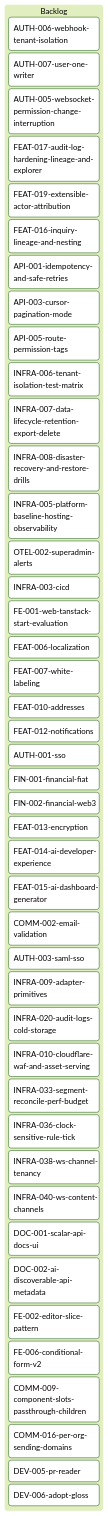
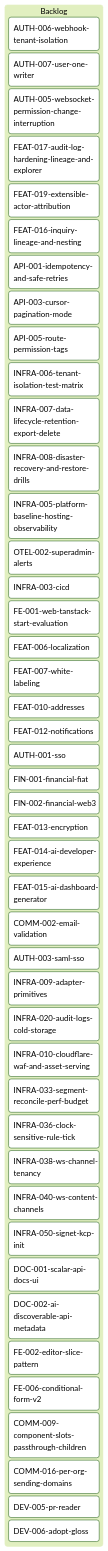
One commit to inixiative/template changed the diagram in tickets/kanban-backlog.md. Above: the diagram before and after it, drawn with Mermaid (forest theme). The commit also changed other lines of this file and 1 other file, not shown here.

Commit message:
docs(tickets): add INFRA-050 Signet and KCP-backed init provisioning

````diff
--- a/tickets/kanban-backlog.md
+++ b/tickets/kanban-backlog.md
@@ -3,52 +3,53 @@
 ```mermaid
 ---
 config:
   kanban:
     ticketBaseUrl: 'https://github.com/yourorg/template/blob/main/tickets/#TICKET#'
 ---
 kanban
   Backlog
     AUTH-006-webhook-tenant-isolation
     AUTH-007-user-one-writer
     AUTH-005-websocket-permission-change-interruption
     FEAT-017-audit-log-hardening-lineage-and-explorer
     FEAT-019-extensible-actor-attribution
     FEAT-016-inquiry-lineage-and-nesting
     API-001-idempotency-and-safe-retries
     API-003-cursor-pagination-mode
     API-005-route-permission-tags
     INFRA-006-tenant-isolation-test-matrix
     INFRA-007-data-lifecycle-retention-export-delete
     INFRA-008-disaster-recovery-and-restore-drills
     INFRA-005-platform-baseline-hosting-observability
     OTEL-002-superadmin-alerts
     INFRA-003-cicd
     FE-001-web-tanstack-start-evaluation
     FEAT-006-localization
     FEAT-007-white-labeling
     FEAT-010-addresses
     FEAT-012-notifications
     AUTH-001-sso
     FIN-001-financial-fiat
     FIN-002-financial-web3
     FEAT-013-encryption
     FEAT-014-ai-developer-experience
     FEAT-015-ai-dashboard-generator
     COMM-002-email-validation
     AUTH-003-saml-sso
     INFRA-009-adapter-primitives
     INFRA-020-audit-logs-cold-storage
     INFRA-010-cloudflare-waf-and-asset-serving
     INFRA-033-segment-reconcile-perf-budget
     INFRA-036-clock-sensitive-rule-tick
     INFRA-038-ws-channel-tenancy
     INFRA-040-ws-content-channels
+    INFRA-050-signet-kcp-init
     DOC-001-scalar-api-docs-ui
     DOC-002-ai-discoverable-api-metadata
     FE-002-editor-slice-pattern
     FE-006-conditional-form-v2
     COMM-009-component-slots-passthrough-children
     COMM-016-per-org-sending-domains
     DEV-005-pr-reader
     DEV-006-adopt-gloss
 ```
````
